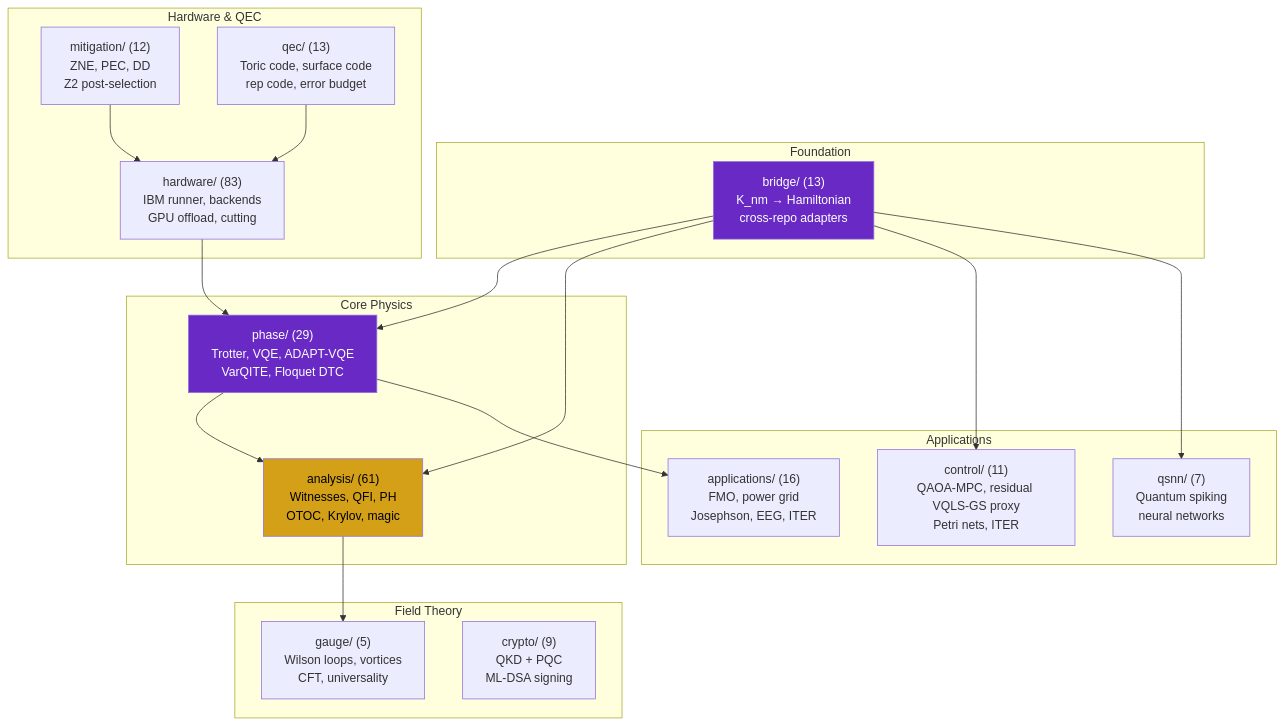
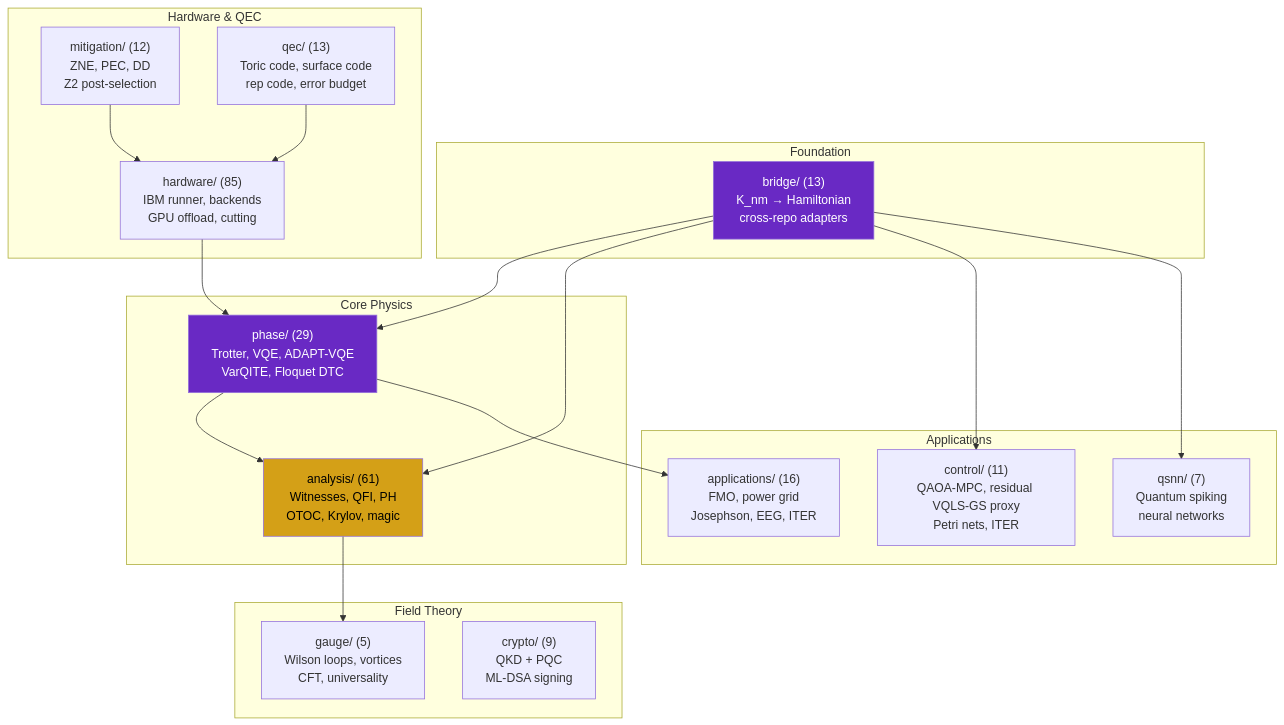
One commit to anulum/scpn-quantum-control changed the first of 2 diagrams in README.md. Above: the diagram before and after it, drawn with Mermaid. The commit also changed other lines of this file and 42 other files, not shown here.

````diff
--- a/README.md
+++ b/README.md
@@ -672,43 +673,43 @@
 ```mermaid
 graph TD
     subgraph Foundation
         bridge["bridge/ (13)\nK_nm → Hamiltonian\ncross-repo adapters"]
     end
 
     subgraph "Core Physics"
         phase["phase/ (29)\nTrotter, VQE, ADAPT-VQE\nVarQITE, Floquet DTC"]
         analysis["analysis/ (61)\nWitnesses, QFI, PH\nOTOC, Krylov, magic"]
     end
 
     subgraph "Applications"
         control["control/ (11)\nQAOA-MPC, residual VQLS-GS proxy\nPetri nets, ITER"]
         qsnn["qsnn/ (7)\nQuantum spiking\nneural networks"]
         apps["applications/ (16)\nFMO, power grid\nJosephson, EEG, ITER"]
     end
 
     subgraph "Hardware & QEC"
-        hw["hardware/ (83)\nIBM runner, backends\nGPU offload, cutting"]
+        hw["hardware/ (85)\nIBM runner, backends\nGPU offload, cutting"]
         mit["mitigation/ (12)\nZNE, PEC, DD\nZ2 post-selection"]
         qec["qec/ (13)\nToric code, surface code\nrep code, error budget"]
     end
 
     subgraph "Field Theory"
         gauge["gauge/ (5)\nWilson loops, vortices\nCFT, universality"]
         crypto["crypto/ (9)\nQKD + PQC\nML-DSA signing"]
     end
 
     bridge --> phase
     bridge --> analysis
     bridge --> control
     bridge --> qsnn
     phase --> analysis
     phase --> apps
     hw --> phase
     mit --> hw
     qec --> hw
     analysis --> gauge
 
     style bridge fill:#6929C4,color:#fff
     style analysis fill:#d4a017,color:#000
     style phase fill:#6929C4,color:#fff
 ```
````
